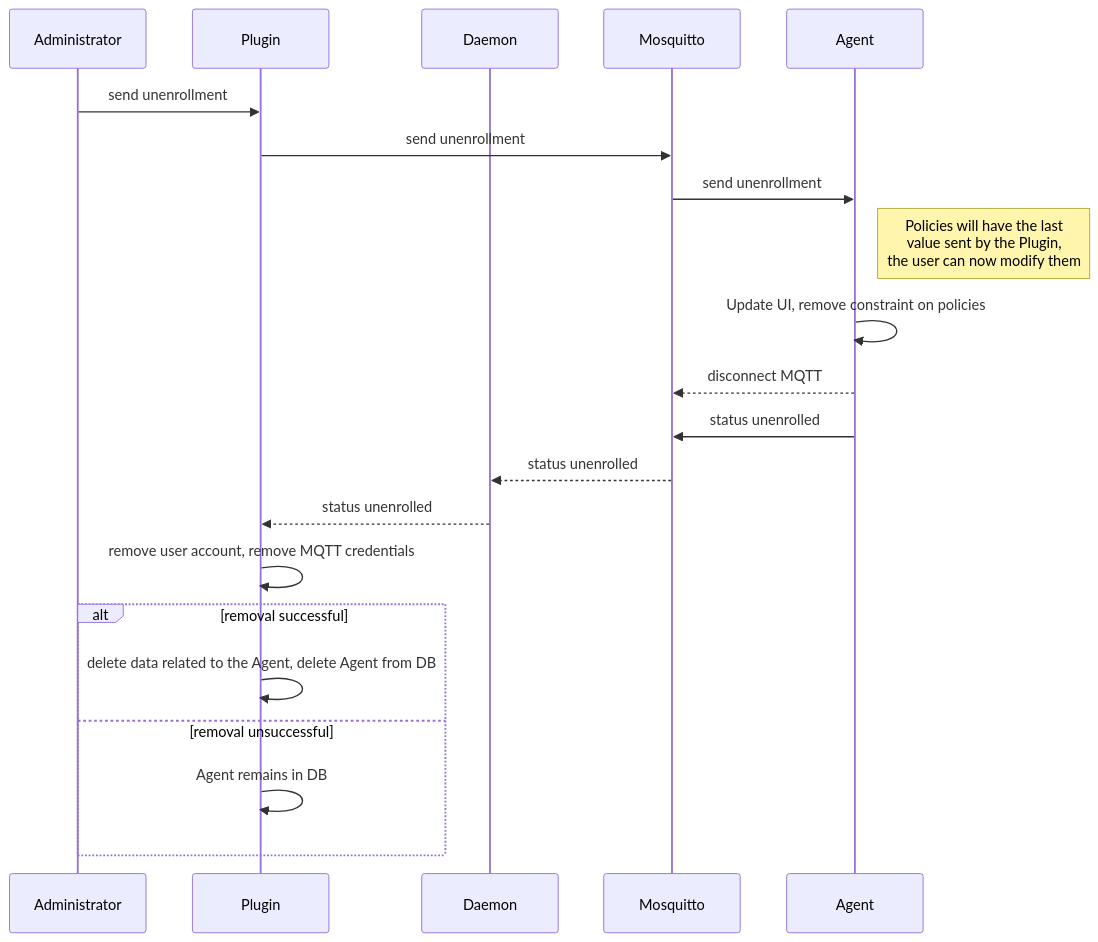
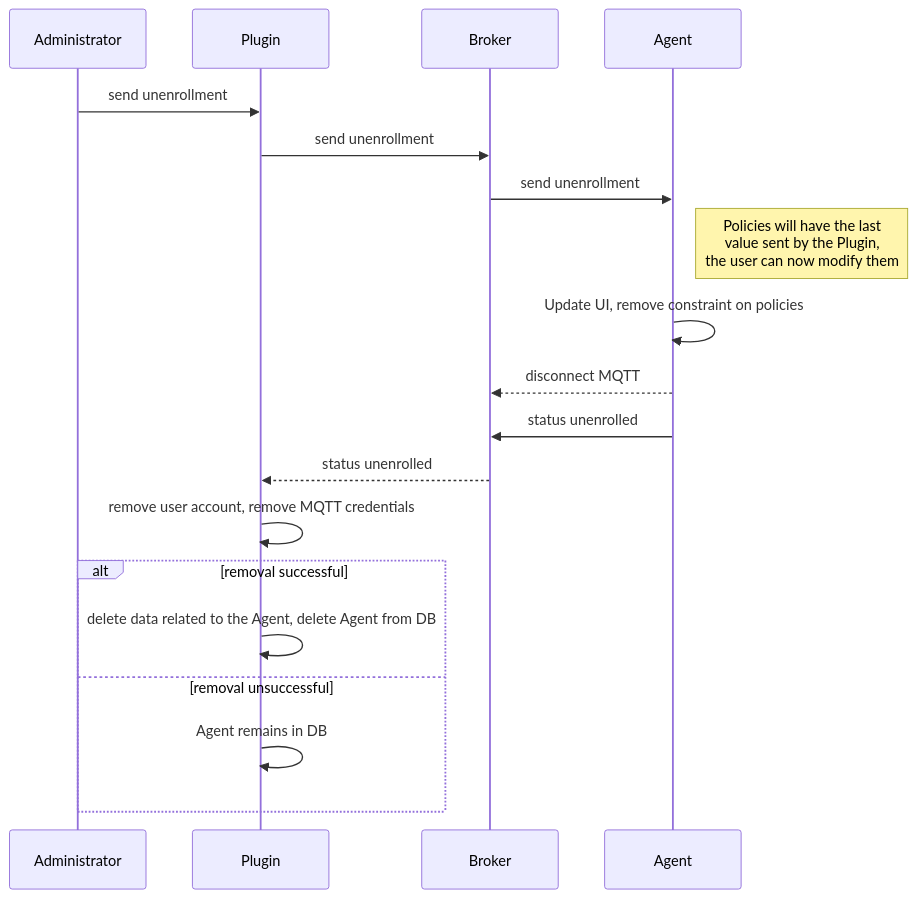
Before and after one commit to flyve-mdm/doc: diagram 13 of 14 in source/contribute/diagrams.rst, drawn with Mermaid. The commit also changed other lines of this file, not shown here.

First line of the commit message:
docs(uml): add fcm diagrams

```diff
--- a/source/contribute/diagrams.rst
+++ b/source/contribute/diagrams.rst
@@ -228,23 +266,21 @@
 .. mermaid::
 
    sequenceDiagram
     participant A as Administrator
     participant P as Plugin
-    participant D as Daemon
-    participant M as Mosquitto
+    participant B as Broker
     participant Ag as Agent
     A->>P: send unenrollment
-    P->>M: send unenrollment
-    M->>Ag: send unenrollment
+    P->>B: send unenrollment
+    B->>Ag: send unenrollment
     Note right of Ag: Policies will have the last<br/> value sent by the Plugin,<br/> the user can now modify them
     Ag->>Ag: Update UI, remove constraint on policies
-    Ag-->>M: disconnect MQTT
-    Ag->>M: status unenrolled
-    M-->>D: status unenrolled
-    D-->>P: status unenrolled
+    Ag-->>B: disconnect MQTT
+    Ag->>B: status unenrolled
+    B-->>P: status unenrolled
     P->>P: remove user account, remove MQTT credentials
     alt removal successful
     P->>P: delete data related to the Agent, delete Agent from DB
     else removal unsuccessful
     P->>P: Agent remains in DB
     end
```
